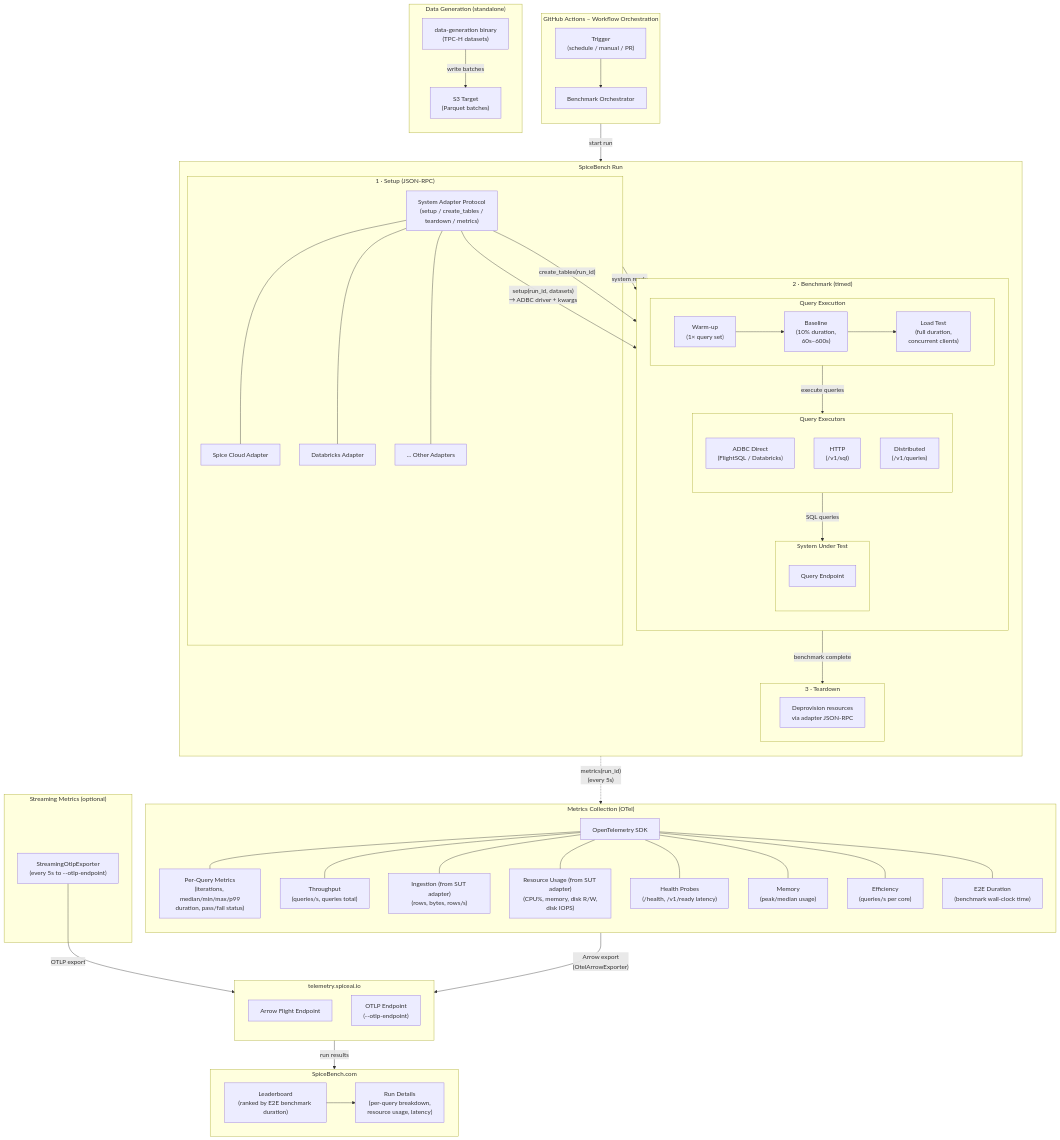
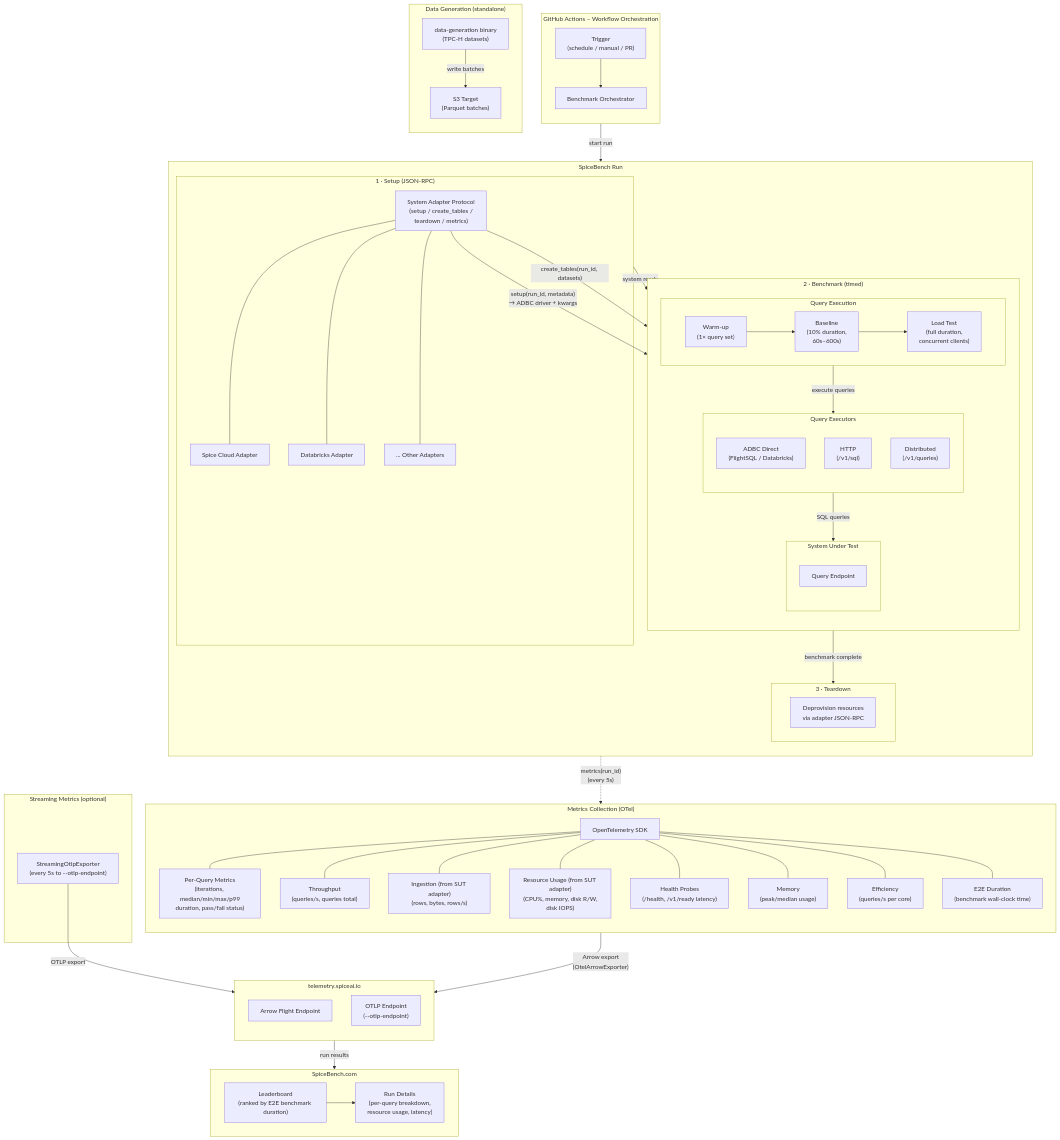
One commit to spiceai/spicebench changed the diagram in README.md. Above: the diagram before and after it, drawn with Mermaid. The commit also changed other lines of this file and 15 other files, not shown here.

Commit message:
refactor: Update setup and create_tables methods to use metadata and datasets parameters

```diff
--- a/README.md
+++ b/README.md
@@ -104,8 +104,8 @@
 
     orchestrator -->|"start run"| run
 
-    adapter_iface -->|"setup(run_id, datasets)\n→ ADBC driver + kwargs"| executors
-    adapter_iface -->|"create_tables(run_id)"| sut
+    adapter_iface -->|"setup(run_id, metadata)\n→ ADBC driver + kwargs"| executors
+    adapter_iface -->|"create_tables(run_id, datasets)"| sut
     setup_phase -->|"system ready"| bench_phase
     bench_phase -->|"benchmark complete"| teardown_phase
 
```
